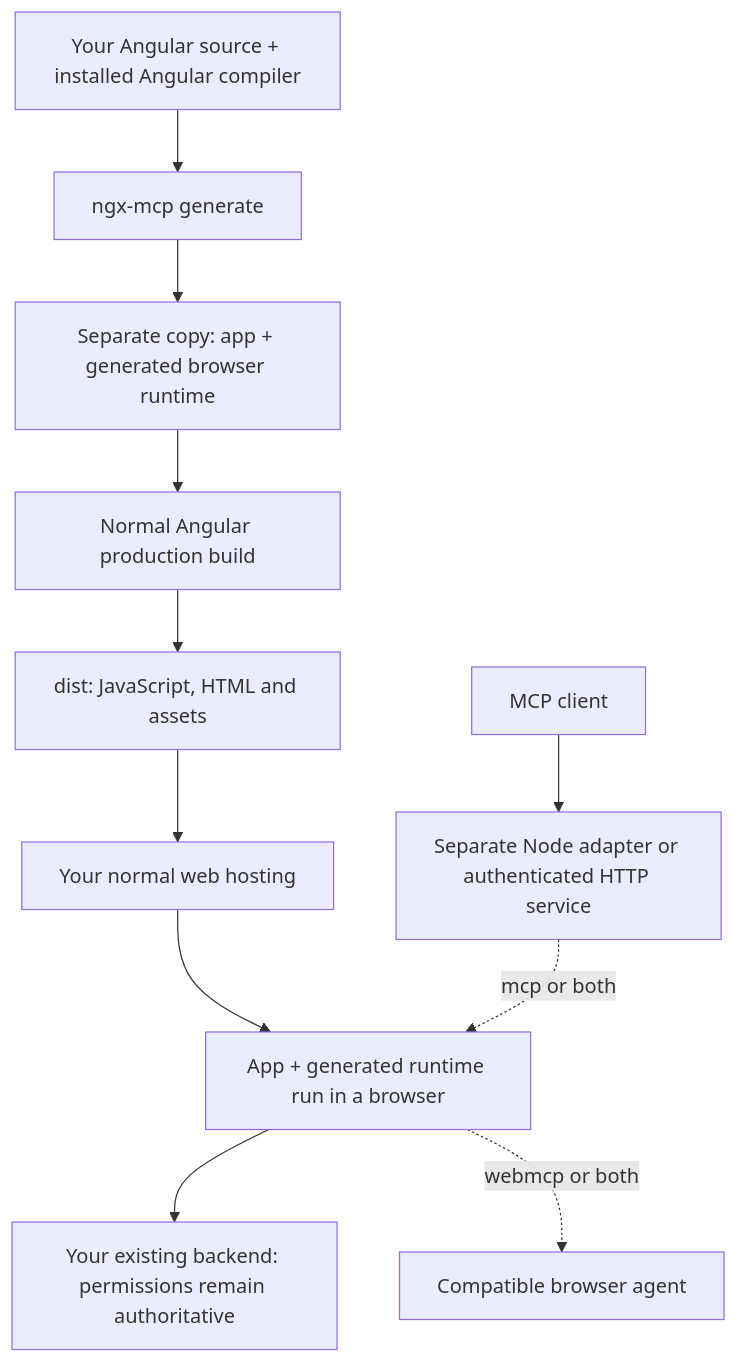
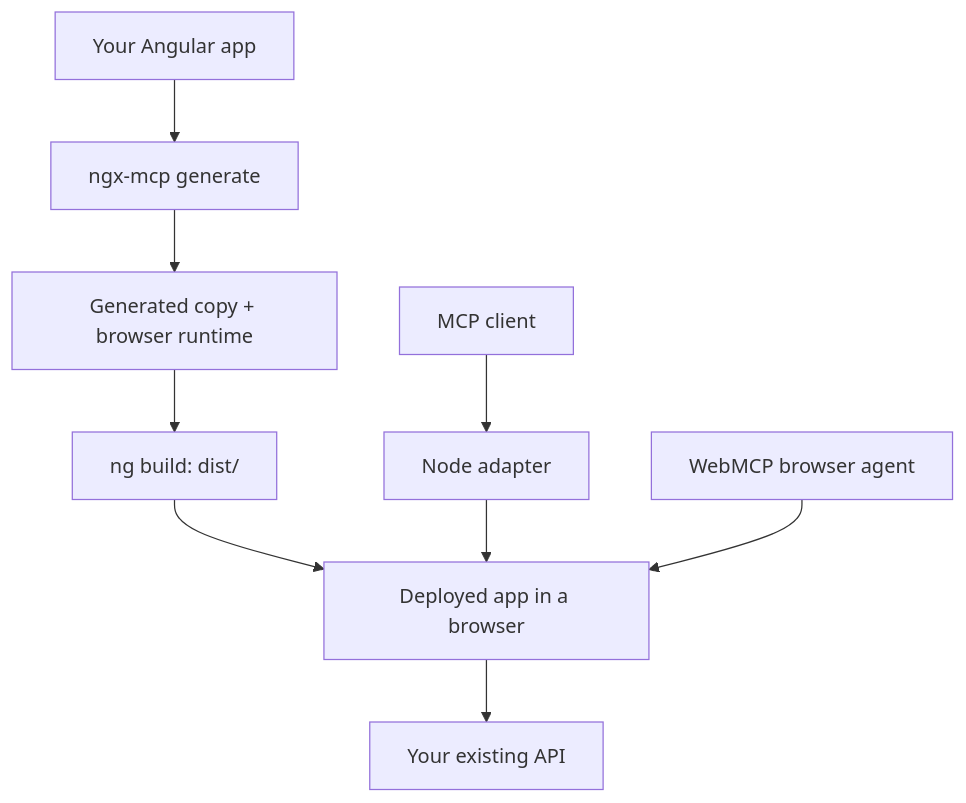
One commit to JOELJOSEPHCHALAKUDY/ngx-mcp changed the diagram in README.md. Above: the diagram before and after it, drawn with Mermaid. The commit also changed other lines of this file and 3 other files, not shown here.

````diff
--- a/README.md
+++ b/README.md
@@ -86,13 +66,11 @@
 ```mermaid
 flowchart TD
-    A[Your Angular source + installed Angular compiler] --> G[ngx-mcp generate]
-    G --> C[Separate copy: app + generated browser runtime]
-    C --> B[Normal Angular production build]
-    B --> D[dist: JavaScript, HTML and assets]
-    D --> W[Your normal web hosting]
-    W --> P[App + generated runtime run in a browser]
-    P --> API[Your existing backend: permissions remain authoritative]
-    P -. webmcp or both .-> N[Compatible browser agent]
-    M[MCP client] --> S[Separate Node adapter or authenticated HTTP service]
-    S -. mcp or both .-> P
+    S[Your Angular app] --> G[ngx-mcp generate]
+    G --> C[Generated copy + browser runtime]
+    C --> B[ng build: dist/]
+    B --> P[Deployed app in a browser]
+    M[MCP client] --> N[Node adapter]
+    N --> P
+    W[WebMCP browser agent] --> P
+    P --> A[Your existing API]
 ```
````
